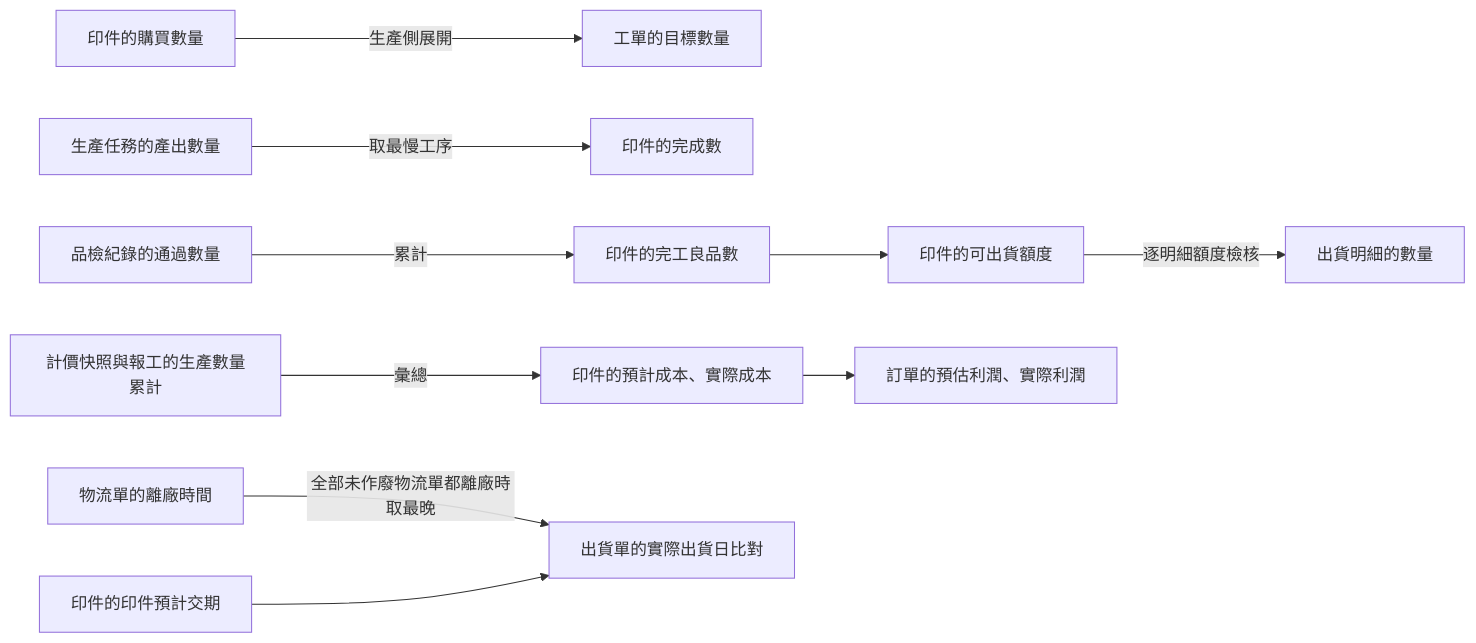
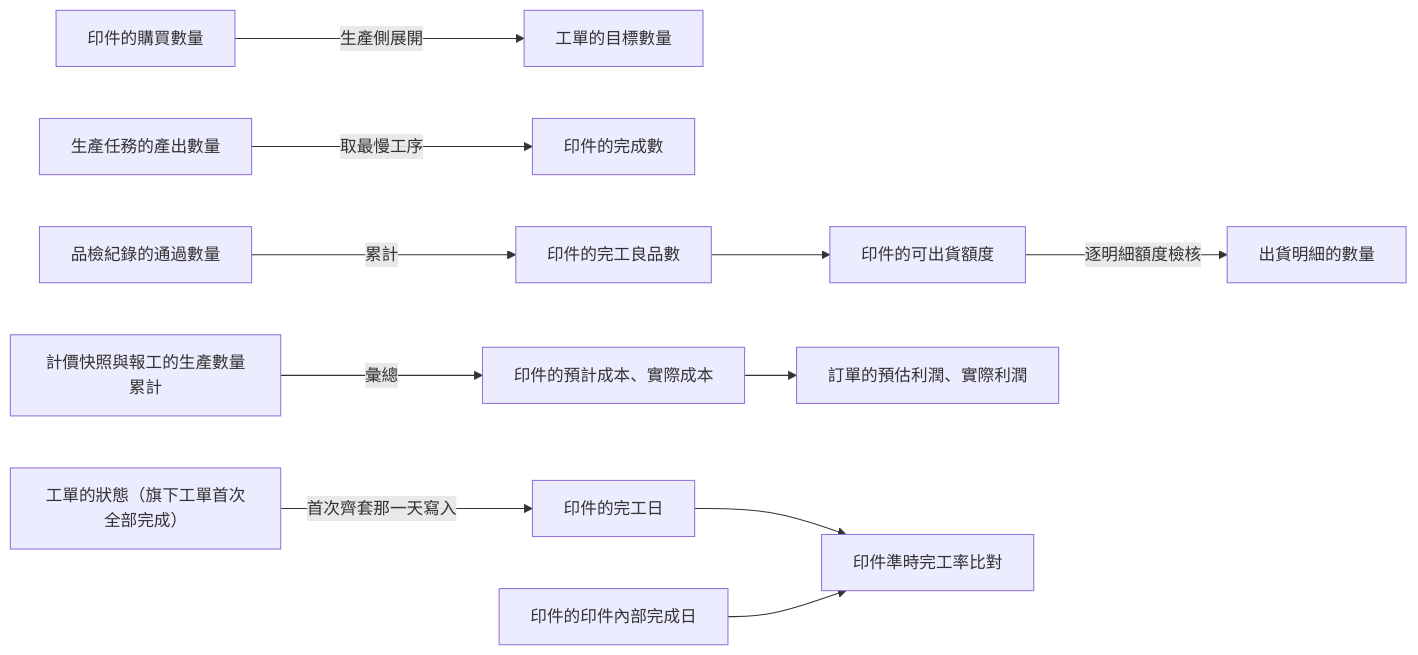
One commit to Kawato-Miles/erp-spec changed the ninth of 9 diagrams in memory/Sens_wiki/wiki/erp/05-entities/ERP 資料結構總覽.md. Above: the diagram before and after it, drawn with Mermaid. The commit also changed other lines of this file and 38 other files, not shown here.

````diff
--- a/memory/Sens_wiki/wiki/erp/05-entities/ERP 資料結構總覽.md
+++ b/memory/Sens_wiki/wiki/erp/05-entities/ERP 資料結構總覽.md
@@ -293,12 +297,13 @@
 ```mermaid
 flowchart LR
     Q1["印件的購買數量"] -->|"生產側展開"| Q2["工單的目標數量"]
     Q3["生產任務的產出數量"] -->|"取最慢工序"| Q4["印件的完成數"]
     Q5["品檢紀錄的通過數量"] -->|"累計"| Q6["印件的完工良品數"]
     Q6 --> Q7["印件的可出貨額度"]
     Q7 -->|"逐明細額度檢核"| Q8["出貨明細的數量"]
     K1["計價快照與報工的生產數量累計"] -->|"彙總"| K2["印件的預計成本、實際成本"]
     K2 --> K3["訂單的預估利潤、實際利潤"]
-    T0["物流單的離廠時間"] -->|"全部未作廢物流單都離廠時取最晚"| T2
-    T1["印件的印件預計交期"] --> T2["出貨單的實際出貨日比對"]
+    T0["工單的狀態（旗下工單首次全部完成）"] -->|"首次齊套那一天寫入"| T1["印件的完工日"]
+    T1 --> T3["印件準時完工率比對"]
+    T2["印件的印件內部完成日"] --> T3
 ```
````
